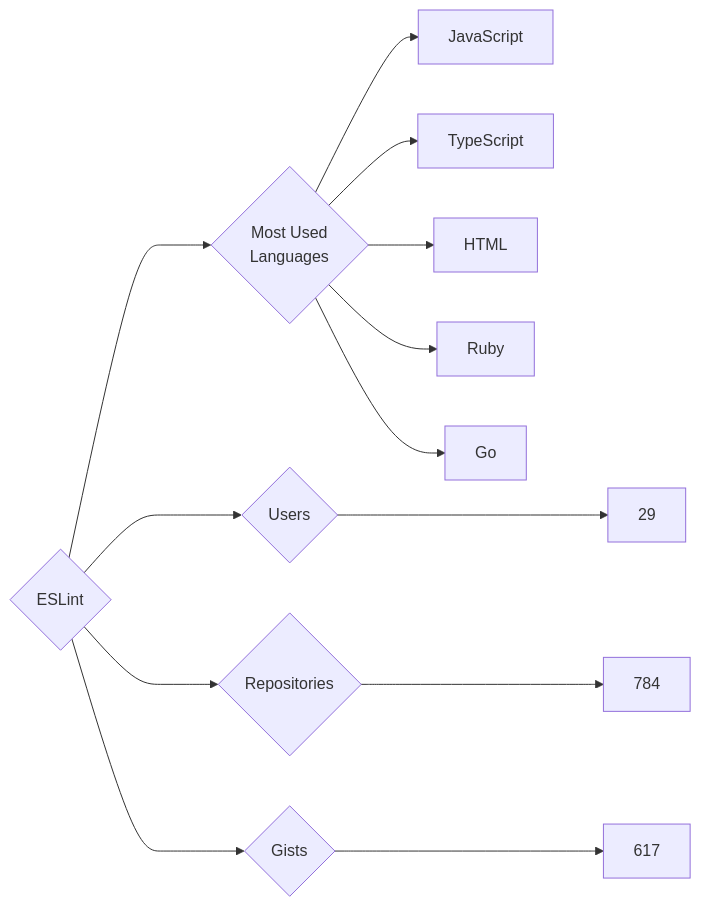
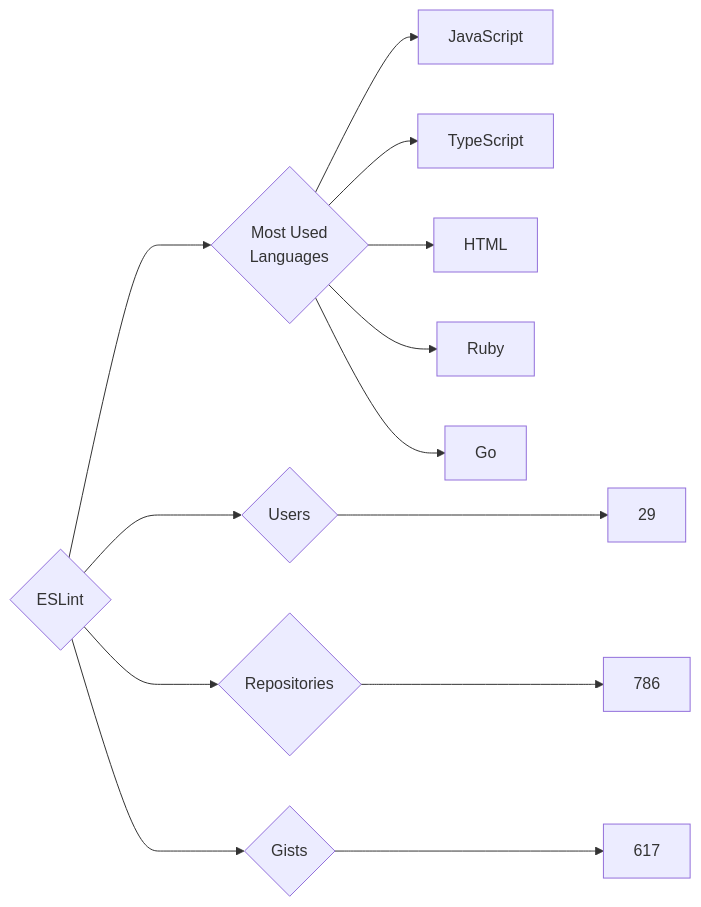
One commit to trickest/insiders changed the diagram in targets/ESLint/README.md. Above: the diagram before and after it, drawn with Mermaid. The commit also changed 894 other files, not shown here.

````diff
--- a/targets/ESLint/README.md
+++ b/targets/ESLint/README.md
@@ -3,13 +3,13 @@
 ```mermaid
 graph LR
 COMPANY_NAME{ESLint}
 COMPANY_NAME ---> U{Users} ---> UN[29]
-COMPANY_NAME ---> R{Repositories} ---> RN[784]
+COMPANY_NAME ---> R{Repositories} ---> RN[786]
 COMPANY_NAME ---> G{Gists} ---> GN[617]
 COMPANY_NAME ---> ML{Most Used<br>Languages}
 ML --> JavaScript[JavaScript]
 ML --> TypeScript[TypeScript]
 ML --> HTML[HTML]
 ML --> Ruby[Ruby]
 ML --> Go[Go]
 ```
````
